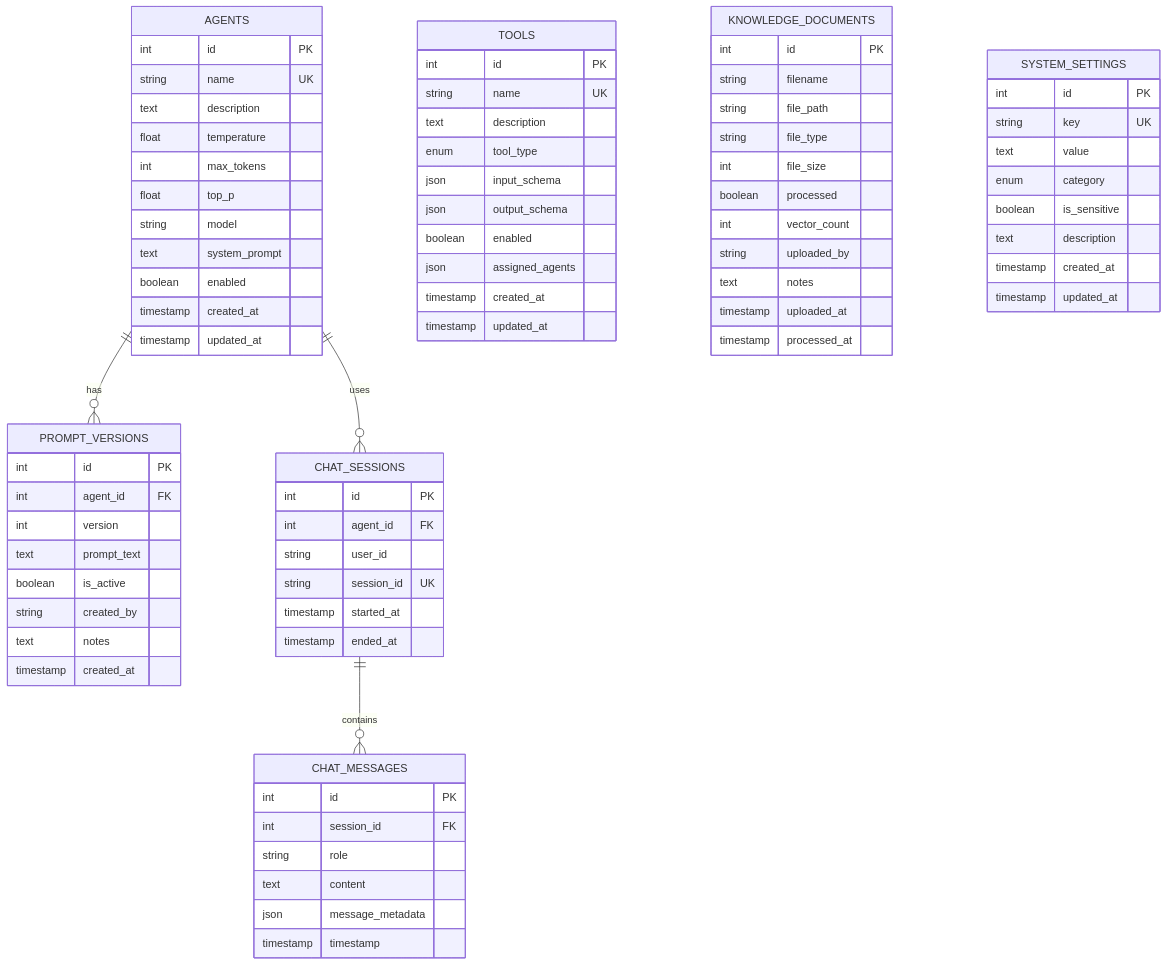
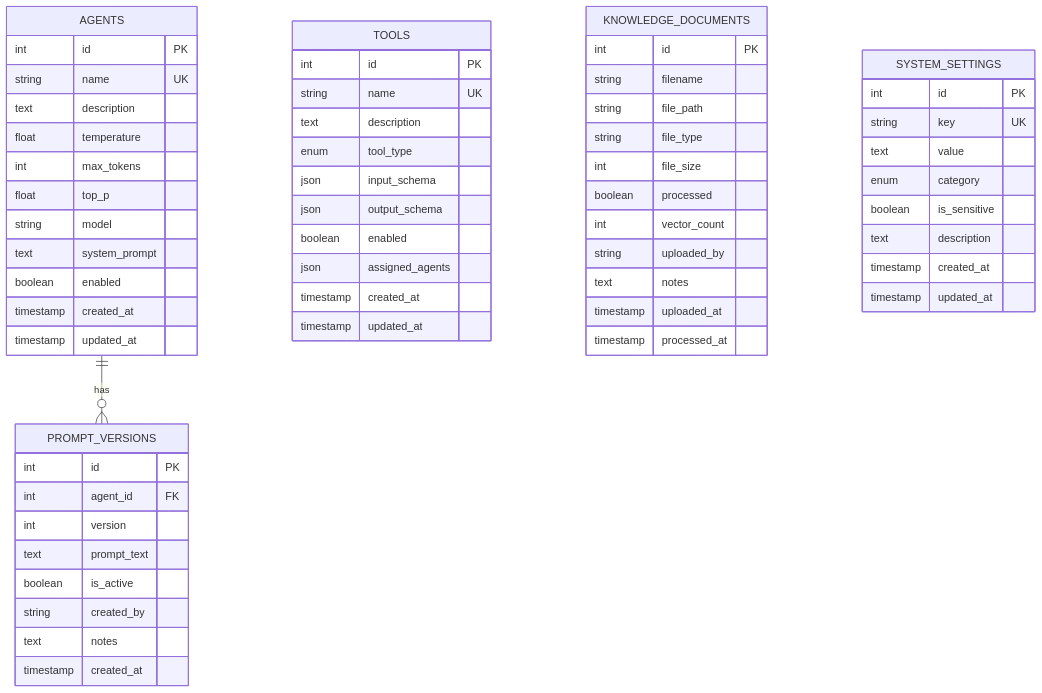
Before and after one commit to espresso23/Petties-Veterinary-Appointment-Booking-Platform: the seventh of 7 diagrams in docs-references/documentation/SRS/AI_AGENT_SERVICE_SRS.md, drawn with Mermaid. The commit also changed other lines of this file and 25 other files, not shown here.

````diff
--- a/docs-references/documentation/SRS/AI_AGENT_SERVICE_SRS.md
+++ b/docs-references/documentation/SRS/AI_AGENT_SERVICE_SRS.md
@@ -2073,8 +2076,6 @@
 ```mermaid
 erDiagram
     AGENTS ||--o{ PROMPT_VERSIONS : has
-    AGENTS ||--o{ CHAT_SESSIONS : uses
-    CHAT_SESSIONS ||--o{ CHAT_MESSAGES : contains
 
     AGENTS {
         int id PK
@@ -2114,24 +2115,6 @@
         timestamp created_at
     }
 
-    CHAT_SESSIONS {
-        int id PK
-        int agent_id FK
-        string user_id
-        string session_id UK
-        timestamp started_at
-        timestamp ended_at
-    }
-
-    CHAT_MESSAGES {
-        int id PK
-        int session_id FK
-        string role
-        text content
-        json message_metadata
-        timestamp timestamp
-    }
-
     KNOWLEDGE_DOCUMENTS {
         int id PK
         string filename
````
